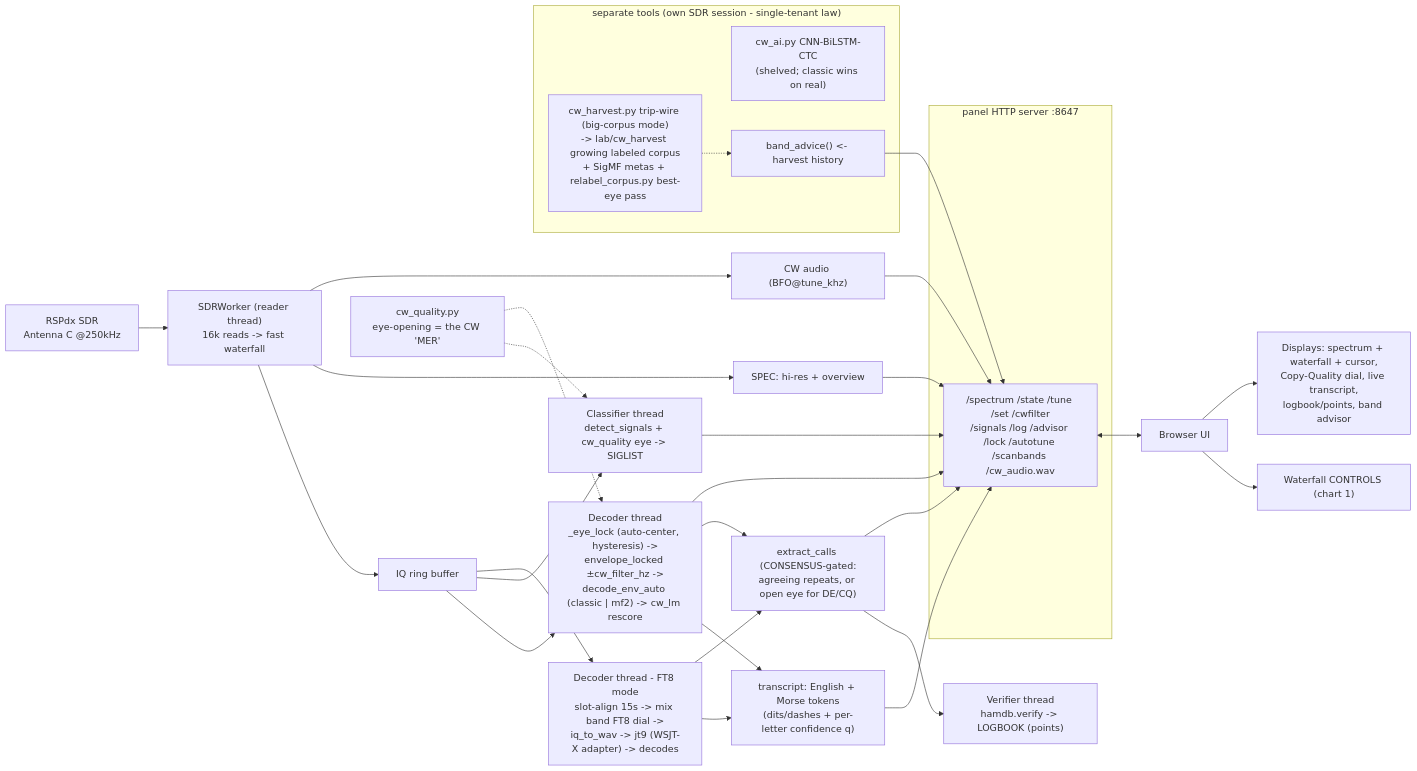
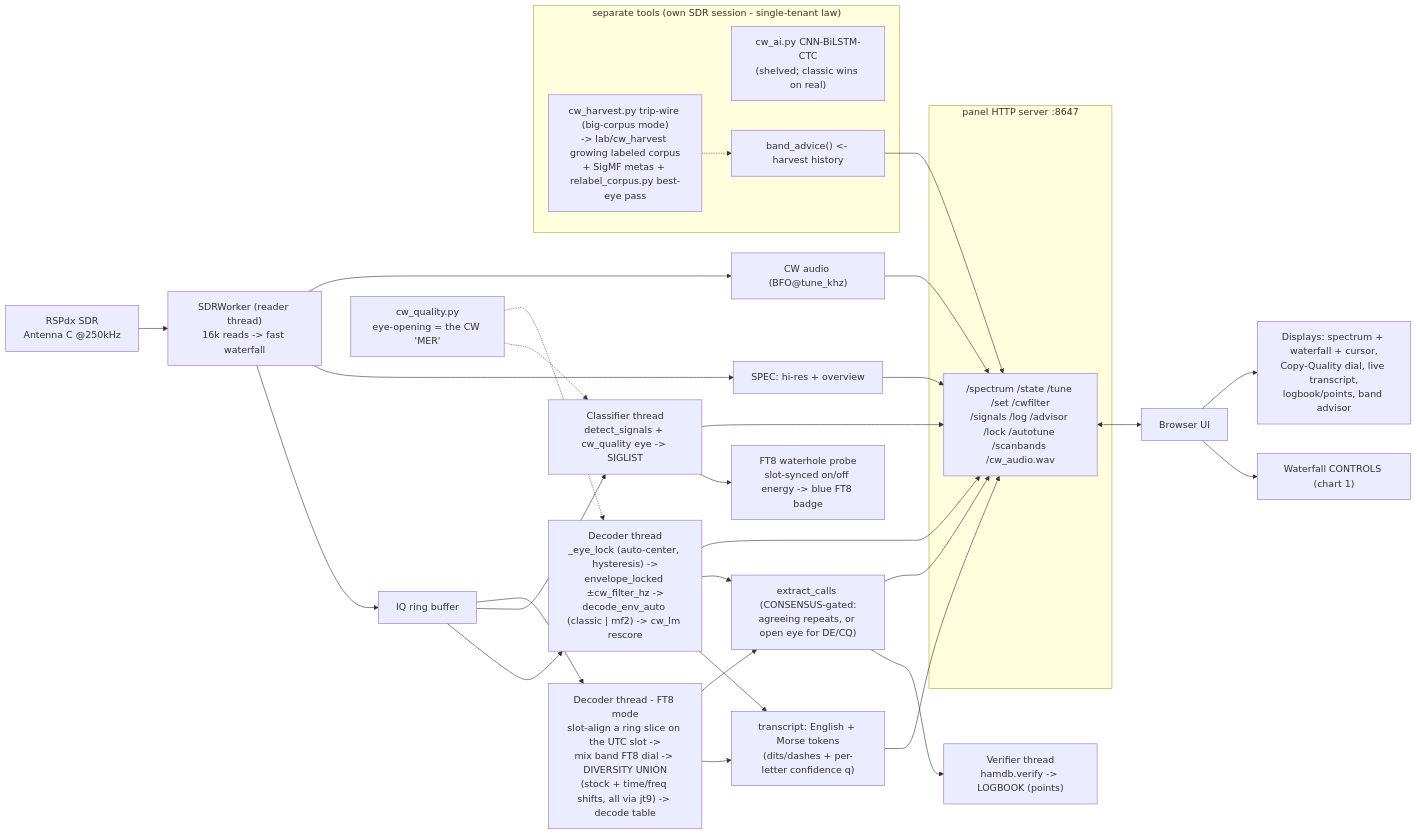
The second of 4 diagrams in docs/CONTROLS.md (Felbs/hamTuna), drawn with Mermaid before and after one commit. The commit also changed other lines of this file and 1 other file, not shown here.

````diff
--- a/docs/CONTROLS.md
+++ b/docs/CONTROLS.md
@@ -111,41 +112,42 @@
 ```mermaid
 flowchart LR
   SDR["RSPdx SDR<br/>Antenna C @250kHz"] --> RD["SDRWorker (reader thread)<br/>16k reads -> fast waterfall"]
   RD --> RING["IQ ring buffer"]
   RD --> SPEC["SPEC: hi-res + overview"]
   RD --> AUD["CW audio (BFO@tune_khz)"]
 
   RING --> DEC["Decoder thread<br/>_eye_lock (auto-center, hysteresis) -&gt;<br/>envelope_locked &plusmn;cw_filter_hz -&gt;<br/>decode_env_auto (classic | mf2) -&gt; cw_lm rescore"]
   RING --> CLS["Classifier thread<br/>detect_signals + cw_quality eye -&gt; SIGLIST"]
   DEC --> XS["transcript: English + Morse tokens<br/>(dits/dashes + per-letter confidence q)"]
   DEC --> LOG["extract_calls (CONSENSUS-gated:<br/>agreeing repeats, or open eye for DE/CQ)"]
   LOG --> VER["Verifier thread<br/>hamdb.verify -&gt; LOGBOOK (points)"]
-  RING --> FT8N["Decoder thread - FT8 mode<br/>slot-align 15s -&gt; mix band FT8 dial -&gt;<br/>iq_to_wav -&gt; jt9 (WSJT-X adapter) -&gt; decodes"]
+  RING --> FT8N["Decoder thread - FT8 mode<br/>slot-align a ring slice on the UTC slot -&gt;<br/>mix band FT8 dial -&gt; DIVERSITY UNION<br/>(stock + time/freq shifts, all via jt9) -&gt; decode table"]
   FT8N --> XS
   FT8N --> LOG
+  CLS --> FT8P["FT8 waterhole probe<br/>slot-synced on/off energy -&gt; blue FT8 badge"]
 
   subgraph SRV["panel HTTP server :8647"]
     EP["/spectrum /state /tune /set /cwfilter<br/>/signals /log /advisor /lock /autotune /scanbands /cw_audio.wav"]
   end
   XS --> EP
   SPEC --> EP
   DEC --> EP
   CLS --> EP
   LOG --> EP
   AUD --> EP
 
   EP <--> UI["Browser UI"]
   UI --> CTRL["Waterfall CONTROLS (chart 1)"]
   UI --> DISP["Displays: spectrum + waterfall + cursor,<br/>Copy-Quality dial, live transcript,<br/>logbook/points, band advisor"]
 
   QUAL["cw_quality.py<br/>eye-opening = the CW 'MER'"] -.-> CLS
   QUAL -.-> DEC
 
   subgraph SIDE["separate tools (own SDR session - single-tenant law)"]
     HARV["cw_harvest.py trip-wire (big-corpus mode)<br/>-&gt; lab/cw_harvest growing labeled corpus<br/>+ SigMF metas + relabel_corpus.py best-eye pass"]
     AI["cw_ai.py CNN-BiLSTM-CTC<br/>(shelved; classic wins on real)"]
     ADV["band_advice() &lt;- harvest history"]
   end
   HARV -.-> ADV
   ADV --> EP
 ```
````
